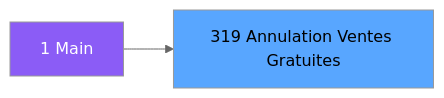
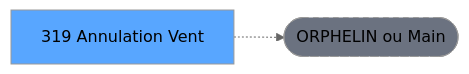
The second of 3 diagrams in .openspec/specs/ADH-IDE-319.md (thonyAGP/lecteur-magic), drawn with Mermaid (neutral theme) before and after one commit. The commit also changed other lines of this file and 701 other files, not shown here.

````diff
--- a/.openspec/specs/ADH-IDE-319.md
+++ b/.openspec/specs/ADH-IDE-319.md
@@ -145,8 +135,8 @@
 ```mermaid
 graph LR
-    M[1 Main]
-    T[319 Annulation Ventes Gratuites]
-    M --> T
-    style M fill:#8b5cf6,color:#fff
+    T[319 Annulation Vent]
+    ORPHAN([ORPHELIN ou Main])
+    T -.-> ORPHAN
     style T fill:#58a6ff,color:#000
+    style ORPHAN fill:#6b7280,stroke-dasharray: 5 5
 ```
````
